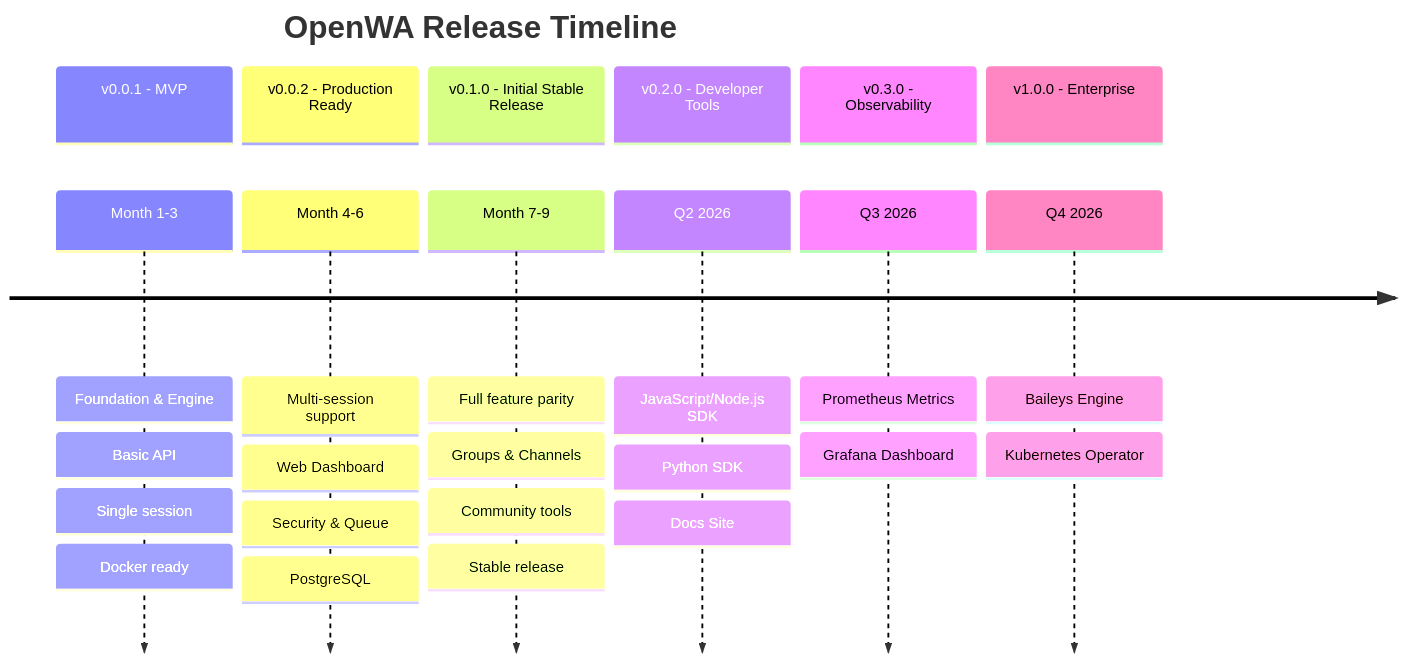
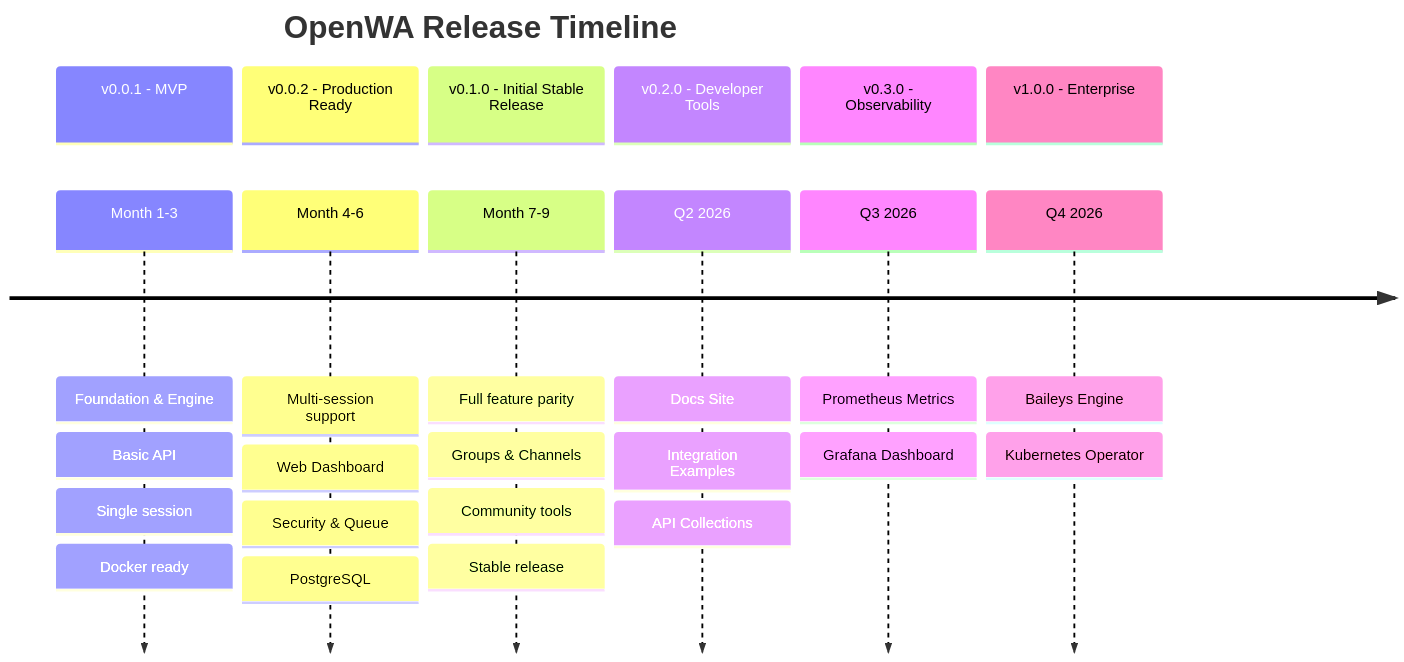
Before and after one commit to qloop-tech/AgentForge.Core: the first of 7 diagrams in src/OpenWA/docs/15-project-roadmap.md, drawn with Mermaid. The commit also changed other lines of this file and 22 other files, not shown here.

````diff
--- a/src/OpenWA/docs/15-project-roadmap.md
+++ b/src/OpenWA/docs/15-project-roadmap.md
@@ -5,35 +5,35 @@
 ```mermaid
 timeline
     title OpenWA Release Timeline
 
     section v0.0.1 - MVP
         Month 1-3 : Foundation & Engine
                   : Basic API
                   : Single session
                   : Docker ready
 
     section v0.0.2 - Production Ready
         Month 4-6 : Multi-session support
                   : Web Dashboard
                   : Security & Queue
                   : PostgreSQL
 
     section v0.1.0 - Initial Stable Release
         Month 7-9 : Full feature parity
                   : Groups & Channels
                   : Community tools
                   : Stable release
 
     section v0.2.0 - Developer Tools
-        Q2 2026 : JavaScript/Node.js SDK
-                : Python SDK
-                : Docs Site
+        Q2 2026 : Docs Site
+                : Integration Examples
+                : API Collections
 
     section v0.3.0 - Observability
         Q3 2026 : Prometheus Metrics
                 : Grafana Dashboard
 
     section v1.0.0 - Enterprise
         Q4 2026 : Baileys Engine
                 : Kubernetes Operator
 ```
````
